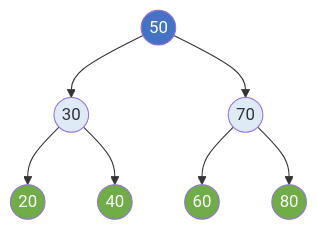
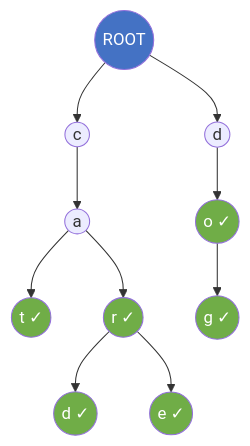
Before and after one commit to aidilsaputrakirsan/webVisualisasi: the second of 15 diagrams in materi-baru.md, drawn with Mermaid. The commit also changed other lines of this file and 56 other files, not shown here.

````diff
--- a/materi-baru.md
+++ b/materi-baru.md
@@ -74,17 +121,22 @@
 ```mermaid
-flowchart TB
-    N50((50)) --> N30((30))
-    N50 --> N70((70))
-    N30 --> N20((20))
-    N30 --> N40((40))
-    N70 --> N60((60))
-    N70 --> N80((80))
+flowchart TD
+    ROOT((ROOT)) --> C((c))
+    ROOT --> D((d))
     
-    style N50 fill:#4472C4,color:#fff
-    style N30 fill:#DEEBF7
-    style N70 fill:#DEEBF7
-    style N20 fill:#70AD47,color:#fff
-    style N40 fill:#70AD47,color:#fff
-    style N60 fill:#70AD47,color:#fff
-    style N80 fill:#70AD47,color:#fff
+    C --> A((a))
+    A --> T((t ✓))
+    A --> R((r ✓))
+    R --> RD((d ✓))
+    R --> RE((e ✓))
+    
+    D --> O((o ✓))
+    O --> OG((g ✓))
+    
+    style ROOT fill:#4472C4,color:#fff
+    style T fill:#70AD47,color:#fff
+    style R fill:#70AD47,color:#fff
+    style RD fill:#70AD47,color:#fff
+    style RE fill:#70AD47,color:#fff
+    style O fill:#70AD47,color:#fff
+    style OG fill:#70AD47,color:#fff
 ```
````
